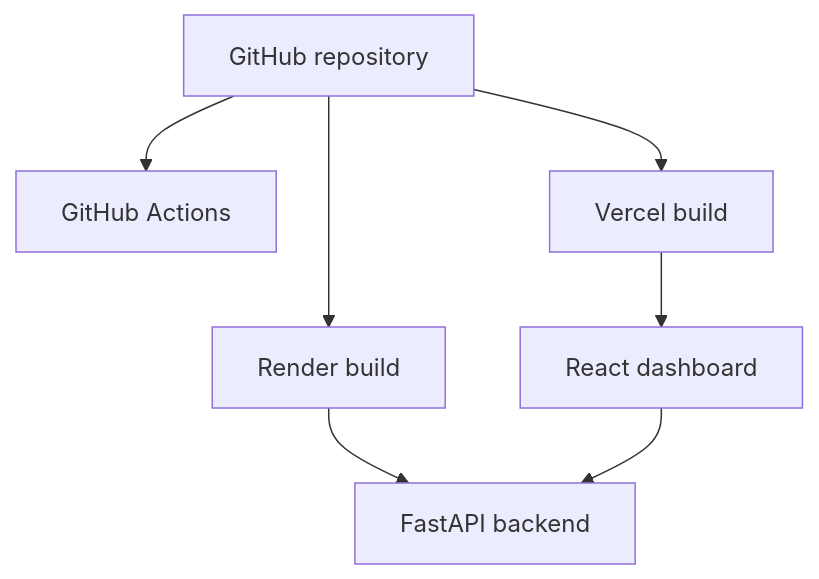
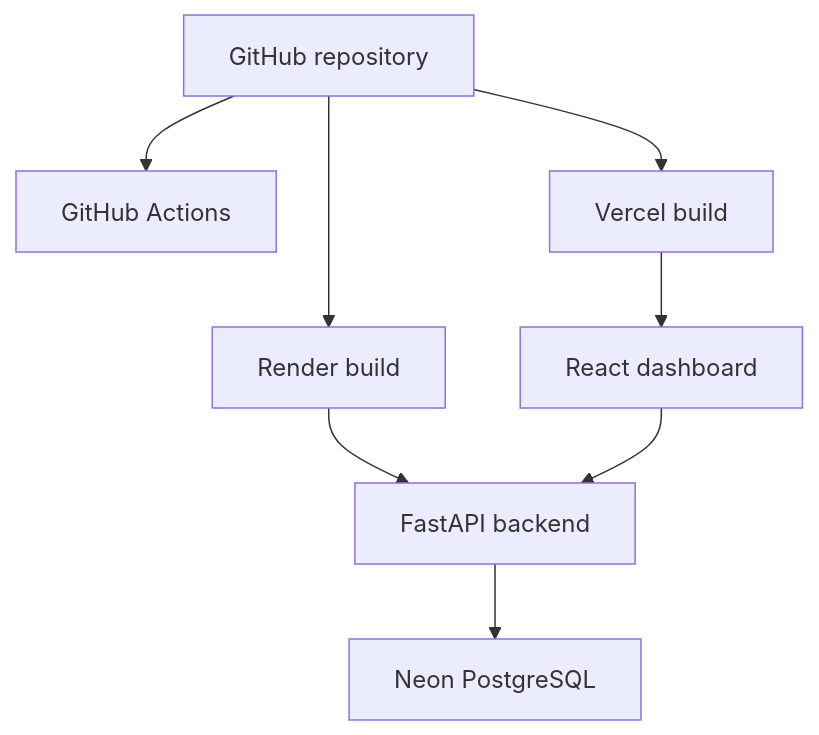
The second of 10 diagrams in ARCHITECTURE.md (sreemanbondada-sudo/PromptShield), drawn with Mermaid before and after one commit. The commit also changed other lines of this file and 1 other file, not shown here.

Commit message:
docs: document persistent PostgreSQL architecture

````diff
--- a/ARCHITECTURE.md
+++ b/ARCHITECTURE.md
@@ -57,9 +61,10 @@
 ```mermaid
 flowchart TD
     A[GitHub repository] --> B[GitHub Actions]
     A --> C[Vercel build]
     A --> D[Render build]
     C --> E[React dashboard]
     D --> F[FastAPI backend]
+    F --> G[Neon PostgreSQL]
     E --> F
 ```
````
